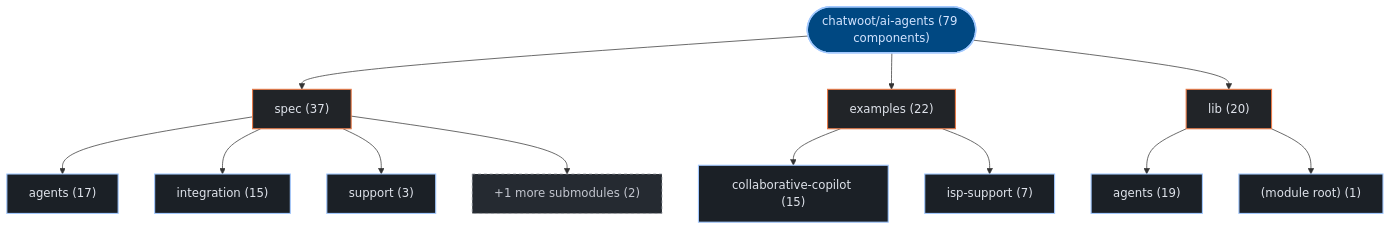
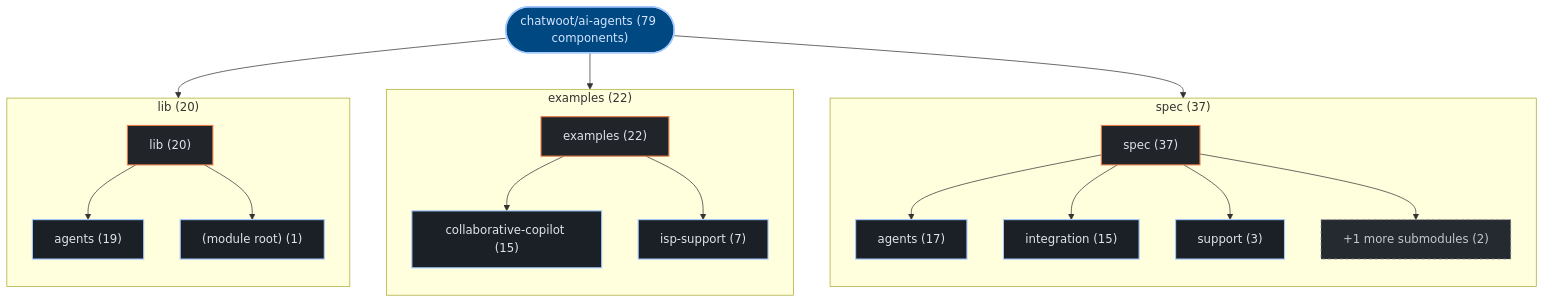
Before and after one commit to kumarshaz/atruss-code-atlas: the first of 2 diagrams in exports/latest/reports/chatwoot-ai-agents-report.md, drawn with Mermaid. The commit also changed 178 other files, not shown here.

Commit message:
feat(ui,mermaid): upgrade to mermaid v12 + ELK layout, add orgs-summary + pagination, subgraph building blocks, fix tab alignment

````diff
--- a/exports/latest/reports/chatwoot-ai-agents-report.md
+++ b/exports/latest/reports/chatwoot-ai-agents-report.md
@@ -41,33 +41,42 @@
 ```mermaid
 graph TD;
   classDef atlasRoot fill:#004882,stroke:#a3c9ff,stroke-width:2px,color:#d3e4ff
   classDef atlasCategory fill:#212428,stroke:#E87A48,stroke-width:1.5px,color:#dfe3eb
   classDef atlasWorkflow fill:#1b2026,stroke:#a3c9ff,stroke-width:1.5px,color:#dfe3eb
   classDef atlasJob fill:#171c22,stroke:#8d9199,stroke-width:1px,color:#dfe3eb
   classDef atlasTarget fill:#005227,stroke:#8bd99b,stroke-width:1.5px,color:#a7f6b6
   classDef atlasAlert fill:#93000a,stroke:#ffb4ab,stroke-width:1.5px,color:#ffdad6
   classDef atlasMore fill:#252a31,stroke:#8d9199,stroke-dasharray:4 4,color:#c3c6cf
     repo_root(["chatwoot/ai-agents (79 components)"]):::atlasRoot
-    dir_0_spec["spec (37)"]:::atlasCategory
+    subgraph sg_dir_0_spec["spec (37)"]
+      direction TB
+      dir_0_spec["spec (37)"]:::atlasCategory
+      sub_0_0_agents["agents (17)"]:::atlasWorkflow
+      dir_0_spec --> sub_0_0_agents
+      sub_0_1_integration["integration (15)"]:::atlasWorkflow
+      dir_0_spec --> sub_0_1_integration
+      sub_0_2_support["support (3)"]:::atlasWorkflow
+      dir_0_spec --> sub_0_2_support
+      sub_0_more["+1 more submodules (2)"]:::atlasMore
+      dir_0_spec --> sub_0_more
+    end
     repo_root --> dir_0_spec
-    sub_0_0_agents["agents (17)"]:::atlasWorkflow
-    dir_0_spec --> sub_0_0_agents
-    sub_0_1_integration["integration (15)"]:::atlasWorkflow
-    dir_0_spec --> sub_0_1_integration
-    sub_0_2_support["support (3)"]:::atlasWorkflow
-    dir_0_spec --> sub_0_2_support
-    sub_0_more["+1 more submodules (2)"]:::atlasMore
-    dir_0_spec --> sub_0_more
-    dir_1_examples["examples (22)"]:::atlasCategory
+    subgraph sg_dir_1_examples["examples (22)"]
+      direction TB
+      dir_1_examples["examples (22)"]:::atlasCategory
+      sub_1_0_collaborative_copilot["collaborative-copilot (15)"]:::atlasWorkflow
+      dir_1_examples --> sub_1_0_collaborative_copilot
+      sub_1_1_isp_support["isp-support (7)"]:::atlasWorkflow
+      dir_1_examples --> sub_1_1_isp_support
+    end
     repo_root --> dir_1_examples
-    sub_1_0_collaborative_copilot["collaborative-copilot (15)"]:::atlasWorkflow
-    dir_1_examples --> sub_1_0_collaborative_copilot
-    sub_1_1_isp_support["isp-support (7)"]:::atlasWorkflow
-    dir_1_examples --> sub_1_1_isp_support
-    dir_2_lib["lib (20)"]:::atlasCategory
+    subgraph sg_dir_2_lib["lib (20)"]
+      direction TB
+      dir_2_lib["lib (20)"]:::atlasCategory
+      sub_2_0_agents["agents (19)"]:::atlasWorkflow
+      dir_2_lib --> sub_2_0_agents
+      sub_2_1__module_root_["(module root) (1)"]:::atlasWorkflow
+      dir_2_lib --> sub_2_1__module_root_
+    end
     repo_root --> dir_2_lib
-    sub_2_0_agents["agents (19)"]:::atlasWorkflow
-    dir_2_lib --> sub_2_0_agents
-    sub_2_1__module_root_["(module root) (1)"]:::atlasWorkflow
-    dir_2_lib --> sub_2_1__module_root_
 ```
````
